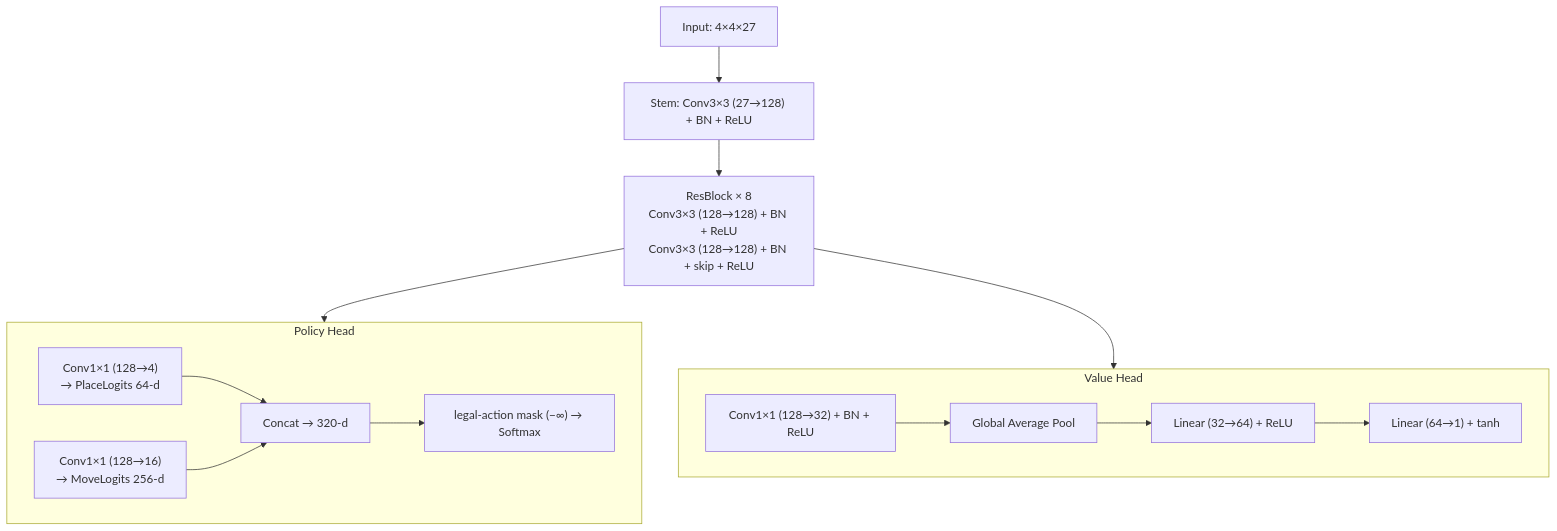
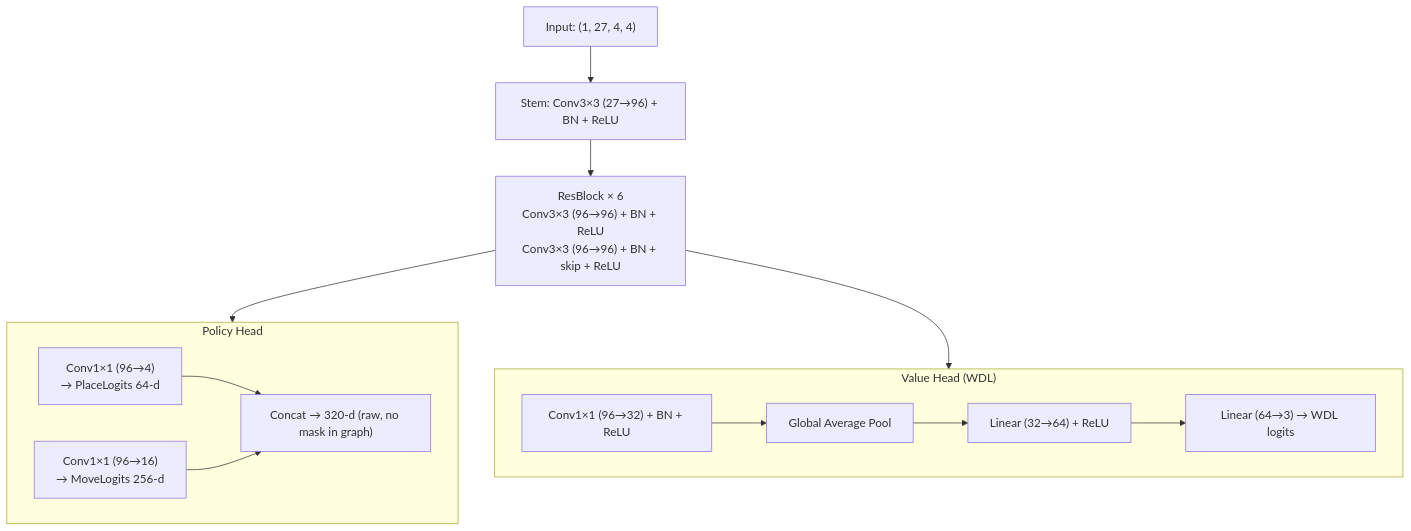
One commit to h-seno-tokai/dynamic-tic-tac-toe changed the diagram in docs/07_ai_design.md. Above: the diagram before and after it, drawn with Mermaid. The commit also changed other lines of this file and 6 other files, not shown here.

````diff
--- a/docs/07_ai_design.md
+++ b/docs/07_ai_design.md
@@ -136,27 +105,26 @@
 ```mermaid
 flowchart TB
-    Input["Input: 4×4×27"]
-    Stem["Stem: Conv3×3 (27→128) + BN + ReLU"]
-    Res["ResBlock × 8<br/>Conv3×3 (128→128) + BN + ReLU<br/>Conv3×3 (128→128) + BN + skip + ReLU"]
+    Input["Input: (1, 27, 4, 4)"]
+    Stem["Stem: Conv3×3 (27→96) + BN + ReLU"]
+    Res["ResBlock × 6<br/>Conv3×3 (96→96) + BN + ReLU<br/>Conv3×3 (96→96) + BN + skip + ReLU"]
 
     Input --> Stem --> Res
 
     subgraph PolicyHead["Policy Head"]
-        PH1["Conv1×1 (128→4)<br/>→ PlaceLogits 64-d"]
-        PH2["Conv1×1 (128→16)<br/>→ MoveLogits 256-d"]
-        PH3["Concat → 320-d"]
-        PH4["legal-action mask (−∞) → Softmax"]
-        PH1 & PH2 --> PH3 --> PH4
+        PH1["Conv1×1 (96→4)<br/>→ PlaceLogits 64-d"]
+        PH2["Conv1×1 (96→16)<br/>→ MoveLogits 256-d"]
+        PH3["Concat → 320-d (raw, no mask in graph)"]
+        PH1 & PH2 --> PH3
     end
 
-    subgraph ValueHead["Value Head"]
-        VH1["Conv1×1 (128→32) + BN + ReLU"]
+    subgraph ValueHead["Value Head (WDL)"]
+        VH1["Conv1×1 (96→32) + BN + ReLU"]
         VH2["Global Average Pool"]
         VH3["Linear (32→64) + ReLU"]
-        VH4["Linear (64→1) + tanh"]
+        VH4["Linear (64→3) → WDL logits"]
         VH1 --> VH2 --> VH3 --> VH4
     end
 
     Res --> PolicyHead
     Res --> ValueHead
 ```
````
